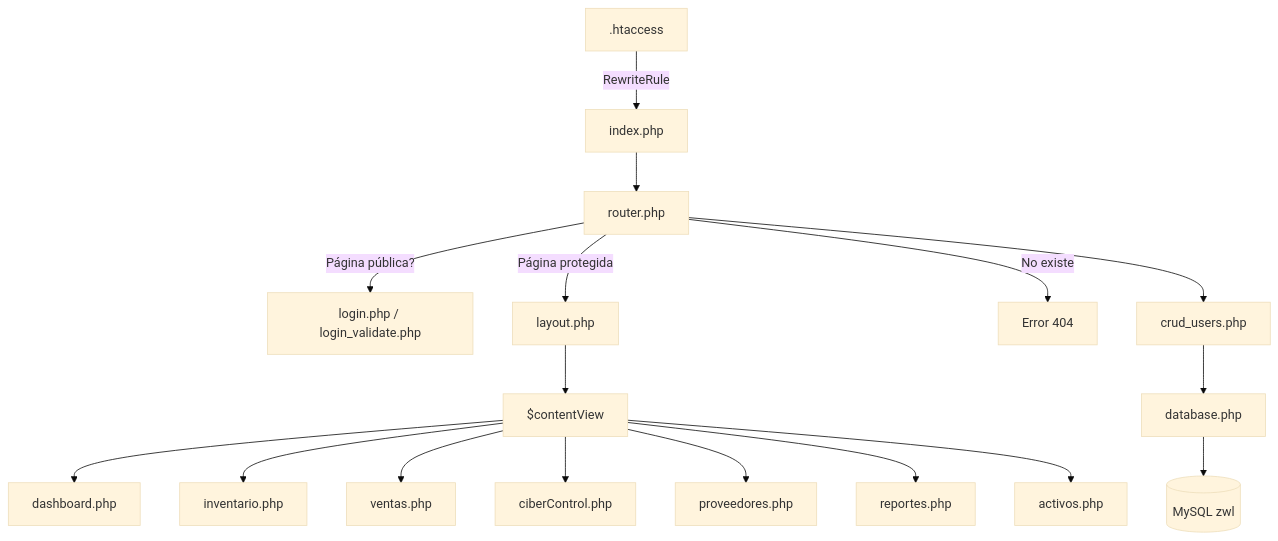
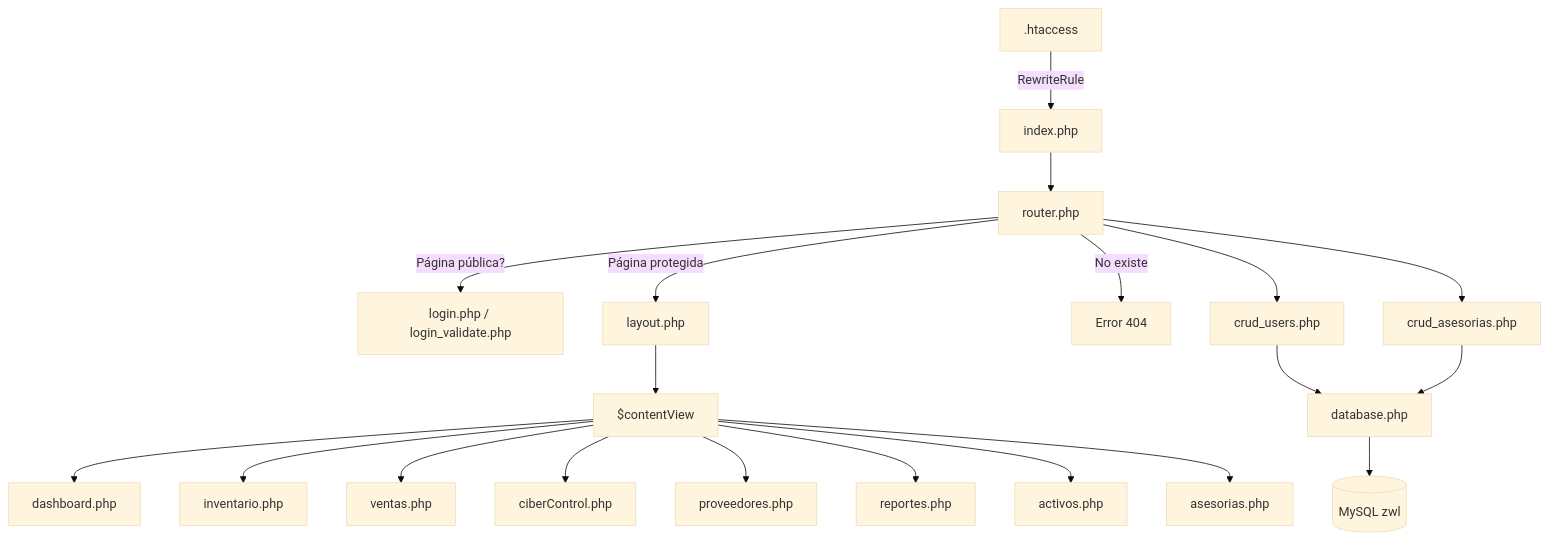
The third of 3 diagrams in docs/diagrama-de-clases.md (Carlos-paez/EIS_Zona_Web_Lara), drawn with Mermaid (base theme) before and after one commit. The commit also changed other lines of this file and 5 other files, not shown here.

````diff
--- a/docs/diagrama-de-clases.md
+++ b/docs/diagrama-de-clases.md
@@ -267,19 +294,22 @@
 ```mermaid
 flowchart TD
     A[.htaccess] -->|RewriteRule| B[index.php]
     B --> C[router.php]
     C -->|Página pública?| D[login.php / login_validate.php]
     C -->|Página protegida| E[layout.php]
     C -->|No existe| F[Error 404]
     E --> G[$contentView]
     G --> H[dashboard.php]
     G --> I[inventario.php]
     G --> J[ventas.php]
     G --> K[ciberControl.php]
     G --> L[proveedores.php]
     G --> M[reportes.php]
     G --> N[activos.php]
-    C --> O[crud_users.php]
-    O --> P[database.php]
-    P --> Q[(MySQL zwl)]
+    G --> O[asesorias.php]
+    C --> P[crud_users.php]
+    C --> Q[crud_asesorias.php]
+    P --> R[database.php]
+    Q --> R[database.php]
+    R --> S[(MySQL zwl)]
 ```
````
